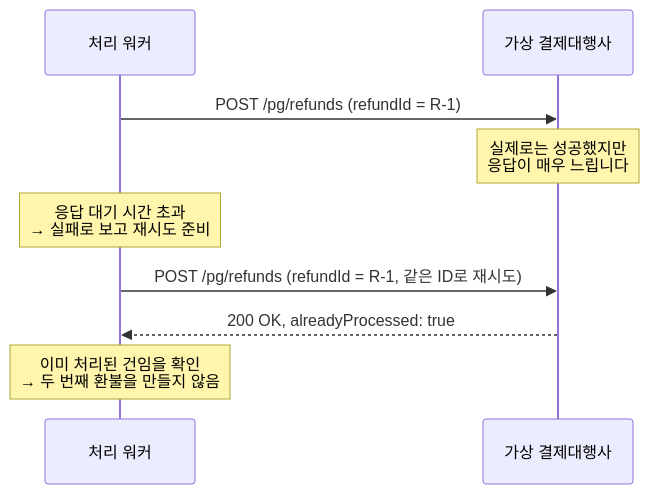
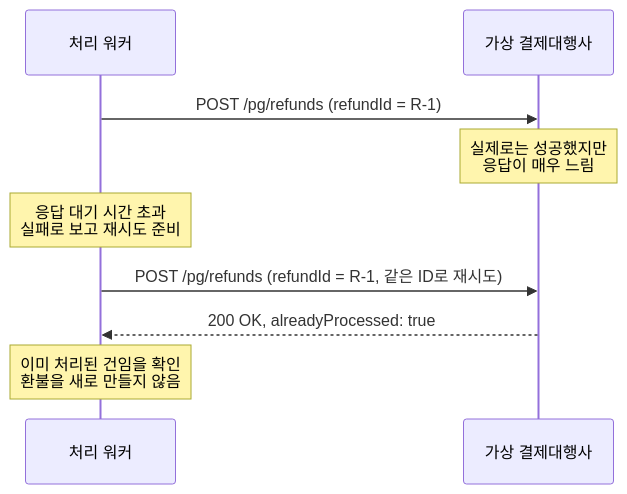
The third of 3 diagrams in README.md (DongHyunKIM-Hi/refund-relay-assignment), drawn with Mermaid before and after one commit. The commit also changed other lines of this file and 1 other file, not shown here.

````diff
--- a/README.md
+++ b/README.md
@@ -294,13 +325,13 @@
 ```mermaid
 sequenceDiagram
     participant W as 처리 워커
     participant PG as 가상 결제대행사
 
     W->>PG: POST /pg/refunds (refundId = R-1)
-    Note over PG: 실제로는 성공했지만<br/>응답이 매우 느립니다
-    Note over W: 응답 대기 시간 초과<br/>→ 실패로 보고 재시도 준비
+    Note over PG: 실제로는 성공했지만<br/>응답이 매우 느림
+    Note over W: 응답 대기 시간 초과<br/>실패로 보고 재시도 준비
 
     W->>PG: POST /pg/refunds (refundId = R-1, 같은 ID로 재시도)
     PG-->>W: 200 OK, alreadyProcessed: true
-    Note over W: 이미 처리된 건임을 확인<br/>→ 두 번째 환불을 만들지 않음
+    Note over W: 이미 처리된 건임을 확인<br/>환불을 새로 만들지 않음
 ```
````
